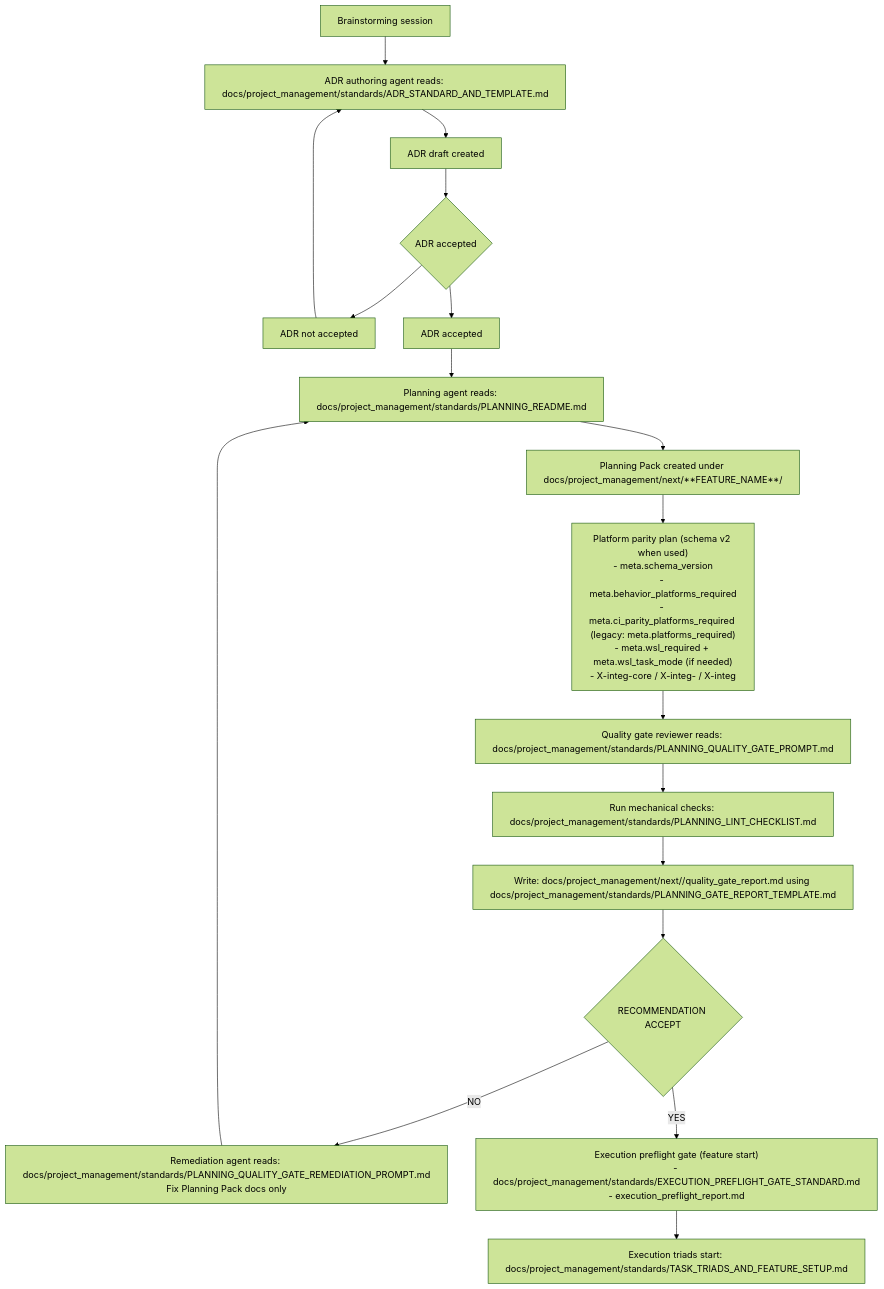
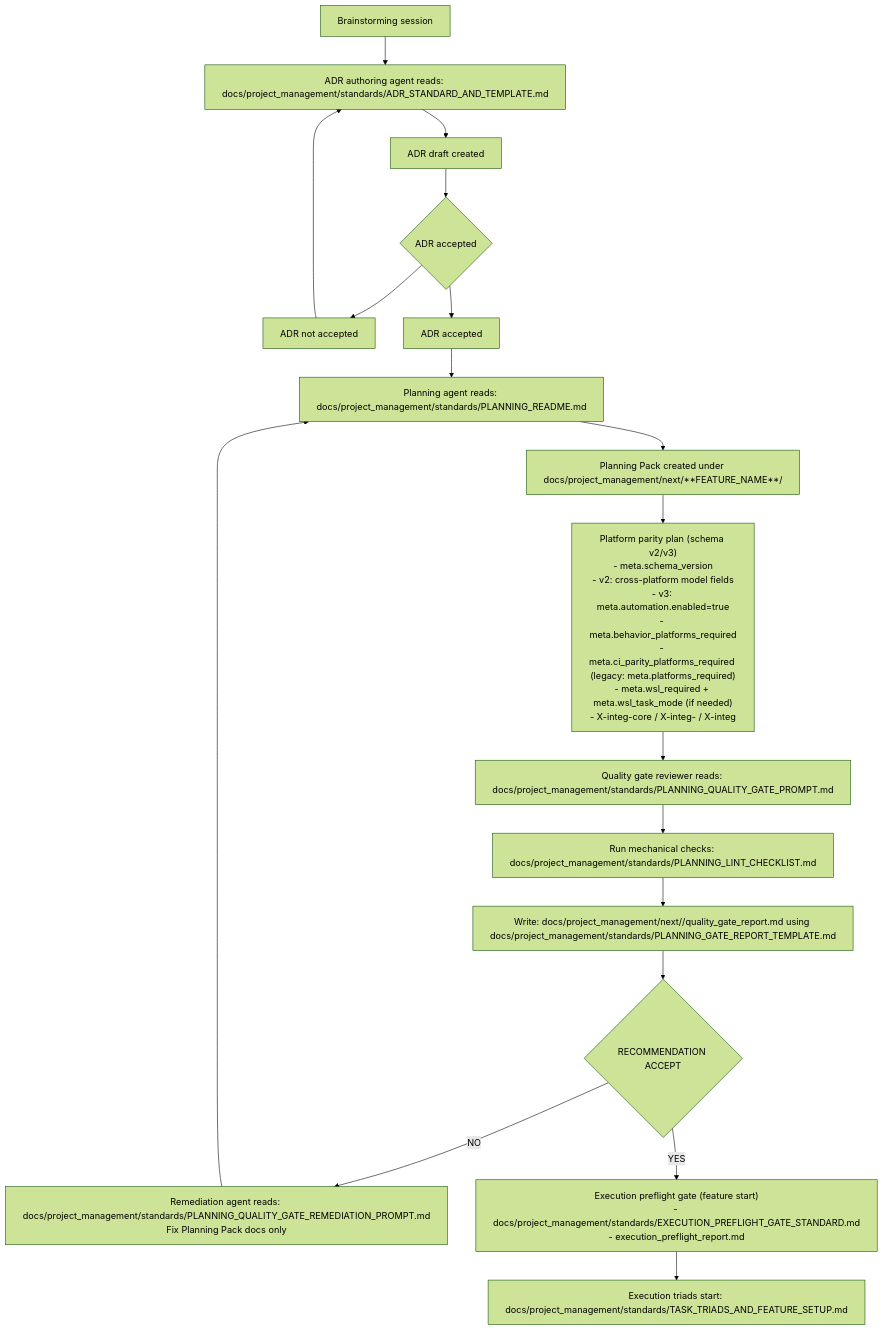
Before and after one commit to atomize-hq/substrate: the diagram in docs/project_management/standards/PLANNING_WORKFLOW_OVERVIEW.md, drawn with Mermaid (forest theme). The commit also changed other lines of this file and 24 other files, not shown here.

Commit message:
chore: harden triad cross-platform integ

````diff
--- a/docs/project_management/standards/PLANNING_WORKFLOW_OVERVIEW.md
+++ b/docs/project_management/standards/PLANNING_WORKFLOW_OVERVIEW.md
@@ -13,39 +16,39 @@
 ```mermaid
 flowchart TD
   A[Brainstorming session]
   B["ADR authoring agent reads: docs/project_management/standards/ADR_STANDARD_AND_TEMPLATE.md"]
   C[ADR draft created]
   D{ADR accepted}
   D_NO[ADR not accepted]
   D_YES[ADR accepted]
 
   P["Planning agent reads: docs/project_management/standards/PLANNING_README.md"]
   PACK[Planning Pack created under docs/project_management/next/**FEATURE_NAME**/]
-  PP["Platform parity plan (schema v2 when used)\n- meta.schema_version\n- meta.behavior_platforms_required\n- meta.ci_parity_platforms_required (legacy: meta.platforms_required)\n- meta.wsl_required + meta.wsl_task_mode (if needed)\n- X-integ-core / X-integ-<platform> / X-integ"]
+  PP["Platform parity plan (schema v2/v3)\n- meta.schema_version\n- v2: cross-platform model fields\n- v3: meta.automation.enabled=true\n- meta.behavior_platforms_required\n- meta.ci_parity_platforms_required (legacy: meta.platforms_required)\n- meta.wsl_required + meta.wsl_task_mode (if needed)\n- X-integ-core / X-integ-<platform> / X-integ"]
 
   Q["Quality gate reviewer reads: docs/project_management/standards/PLANNING_QUALITY_GATE_PROMPT.md"]
   LINT["Run mechanical checks: docs/project_management/standards/PLANNING_LINT_CHECKLIST.md"]
   REPORT["Write: docs/project_management/next/<feature>/quality_gate_report.md using docs/project_management/standards/PLANNING_GATE_REPORT_TEMPLATE.md"]
   GATE{RECOMMENDATION ACCEPT}
   REMEDIATE["Remediation agent reads: docs/project_management/standards/PLANNING_QUALITY_GATE_REMEDIATION_PROMPT.md\nFix Planning Pack docs only"]
   PREFLIGHT["Execution preflight gate (feature start)\n- docs/project_management/standards/EXECUTION_PREFLIGHT_GATE_STANDARD.md\n- execution_preflight_report.md"]
   GATE_YES["Execution triads start: docs/project_management/standards/TASK_TRIADS_AND_FEATURE_SETUP.md"]
 
   A --> B
   B --> C
   C --> D
   D --> D_NO
   D --> D_YES
   D_NO --> B
 
   D_YES --> P
   P --> PACK
   PACK --> PP
   PP --> Q
   Q --> LINT
   LINT --> REPORT
   REPORT --> GATE
   GATE -- "NO" --> REMEDIATE
   GATE -- "YES" --> PREFLIGHT --> GATE_YES
   REMEDIATE --> P
 ```
````
